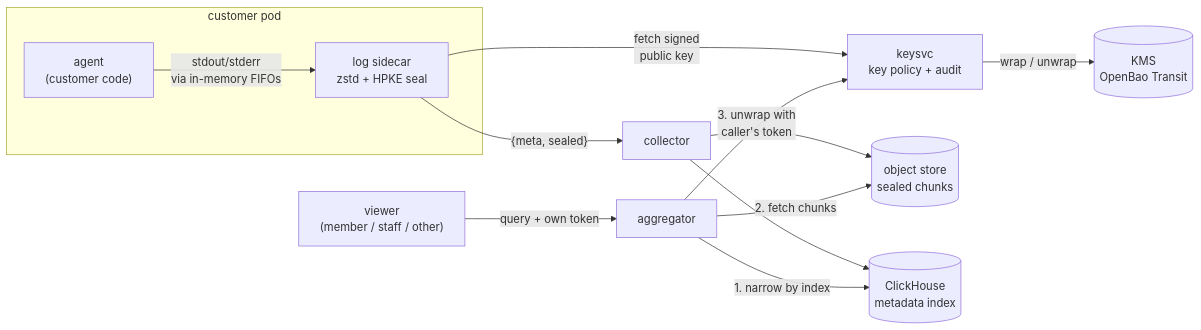
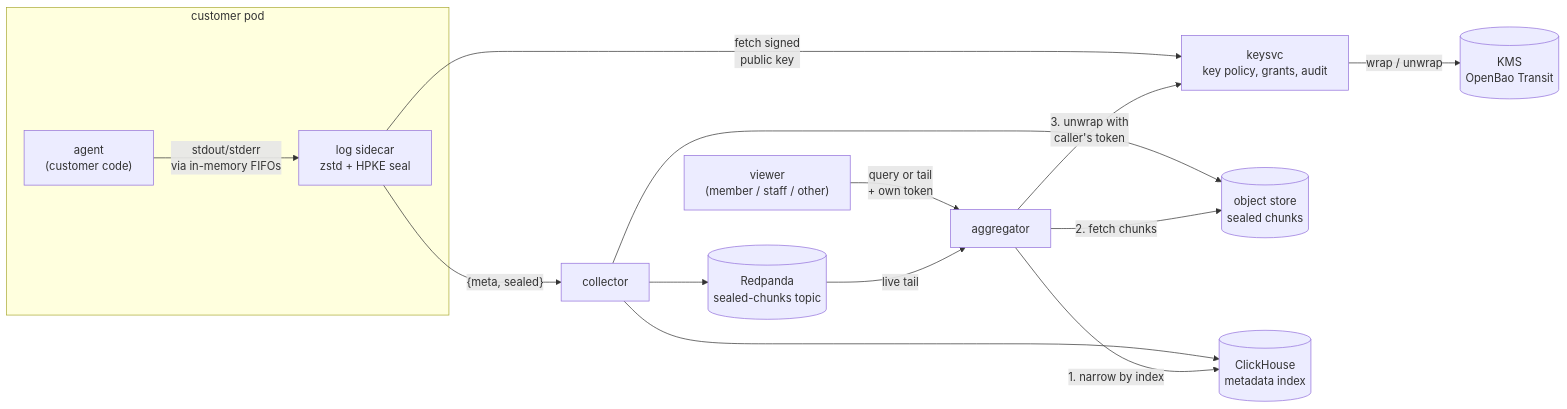
The diagram in README.md (johndenverscar/sealed-logs), drawn with Mermaid before and after one commit. The commit also changed other lines of this file and 21 other files, not shown here.

First line of the commit message:
Add live tail and just-in-time support access

````diff
--- a/README.md
+++ b/README.md
@@ -22,15 +26,17 @@
 ```mermaid
 flowchart LR
   subgraph pod["customer pod"]
     agent["agent<br/>(customer code)"] -- "stdout/stderr<br/>via in-memory FIFOs" --> sidecar["log sidecar<br/>zstd + HPKE seal"]
   end
   sidecar -- "fetch signed<br/>public key" --> keysvc
   sidecar -- "{meta, sealed}" --> collector
   collector --> bucket[("object store<br/>sealed chunks")]
   collector --> ch[("ClickHouse<br/>metadata index")]
-  viewer["viewer<br/>(member / staff / other)"] -- "query + own token" --> aggregator
+  collector --> topic[("Redpanda<br/>sealed-chunks topic")]
+  viewer["viewer<br/>(member / staff / other)"] -- "query or tail<br/>+ own token" --> aggregator
+  topic -- "live tail" --> aggregator
   aggregator -- "1. narrow by index" --> ch
   aggregator -- "2. fetch chunks" --> bucket
-  aggregator -- "3. unwrap with<br/>caller's token" --> keysvc["keysvc<br/>key policy + audit"]
+  aggregator -- "3. unwrap with<br/>caller's token" --> keysvc["keysvc<br/>key policy, grants, audit"]
   keysvc -- "wrap / unwrap" --> kms[("KMS<br/>OpenBao Transit")]
 ```
````
